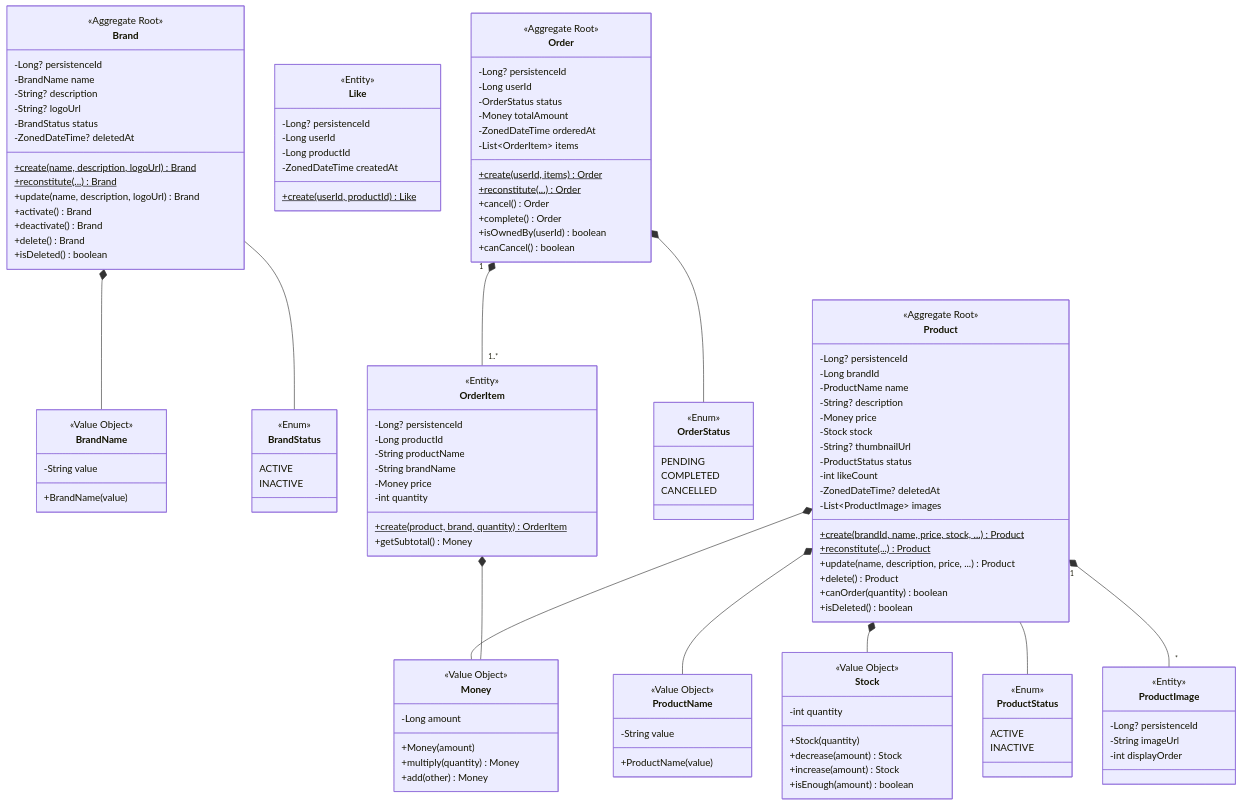
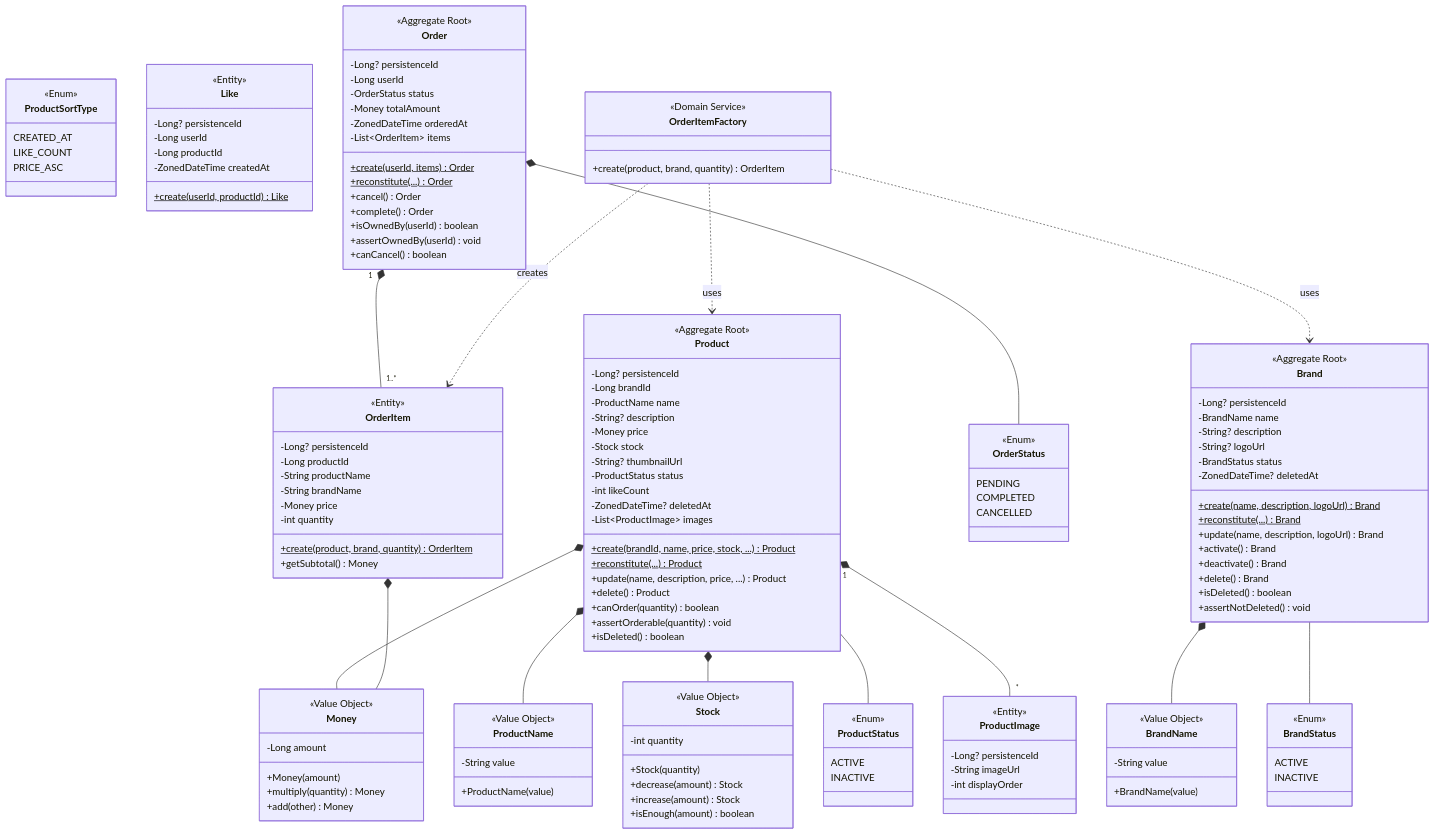
One commit to Loopers-dev-lab/loop-pack-be-l2-vol3-kotlin changed the diagram in docs/design/03-class-diagram.md. Above: the diagram before and after it, drawn with Mermaid. The commit also changed other lines of this file and 2 other files, not shown here.

````diff
--- a/docs/design/03-class-diagram.md
+++ b/docs/design/03-class-diagram.md
@@ -79,6 +79,7 @@
         +deactivate() Brand
         +delete() Brand
         +isDeleted() boolean
+        +assertNotDeleted() void
     }
 
     class BrandName {
@@ -115,6 +116,7 @@
         +update(name, description, price, ...) Product
         +delete() Product
         +canOrder(quantity) boolean
+        +assertOrderable(quantity) void
         +isDeleted() boolean
     }
 
@@ -154,6 +156,13 @@
         -int displayOrder
     }
 
+    class ProductSortType {
+        <<Enum>>
+        CREATED_AT
+        LIKE_COUNT
+        PRICE_ASC
+    }
+
     Product *-- ProductName
     Product *-- Money
     Product *-- Stock
@@ -184,6 +193,7 @@
         +cancel() Order
         +complete() Order
         +isOwnedBy(userId) boolean
+        +assertOwnedBy(userId) void
         +canCancel() boolean
     }
 
@@ -206,7 +216,15 @@
         +getSubtotal() Money
     }
 
+    class OrderItemFactory {
+        <<Domain Service>>
+        +create(product, brand, quantity) OrderItem
+    }
+
     Order *-- OrderStatus
     Order "1" *-- "1..*" OrderItem
     OrderItem *-- Money
+    OrderItemFactory ..> Product : uses
+    OrderItemFactory ..> Brand : uses
+    OrderItemFactory ..> OrderItem : creates
 ```
````
